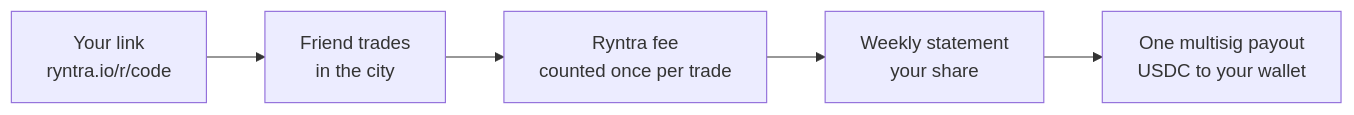
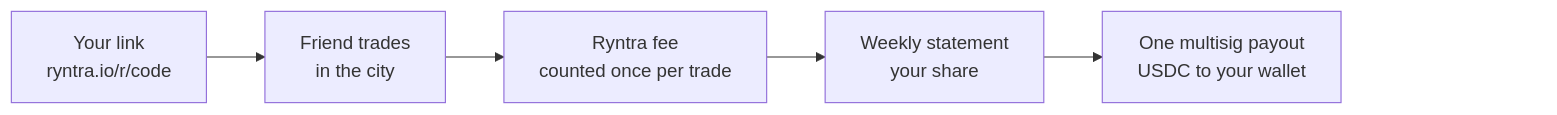
Diagram 11 of 14 in LEARN.md (ryntra-io/ryntra-solana), drawn with Mermaid before and after one commit. The commit also changed other lines of this file and 1717 other files, not shown here.

````diff
--- a/LEARN.md
+++ b/LEARN.md
@@ -525,7 +553,10 @@
 ```mermaid
 flowchart LR
   A["Your link<br/>ryntra.io/r/code"] --> B["Friend trades<br/>in the city"]
   B --> C["Ryntra fee<br/>counted once per trade"]
   C --> D["Weekly statement<br/>your share"]
   D --> E["One multisig payout<br/>USDC to your wallet"]
+  %% An empty block: GitHub draws its pan and zoom buttons over a diagram's bottom right corner.
+  E ~~~ room["#8195;#8195;#8195;#8195;"]
+  style room fill:none,stroke:none
 ```
````
